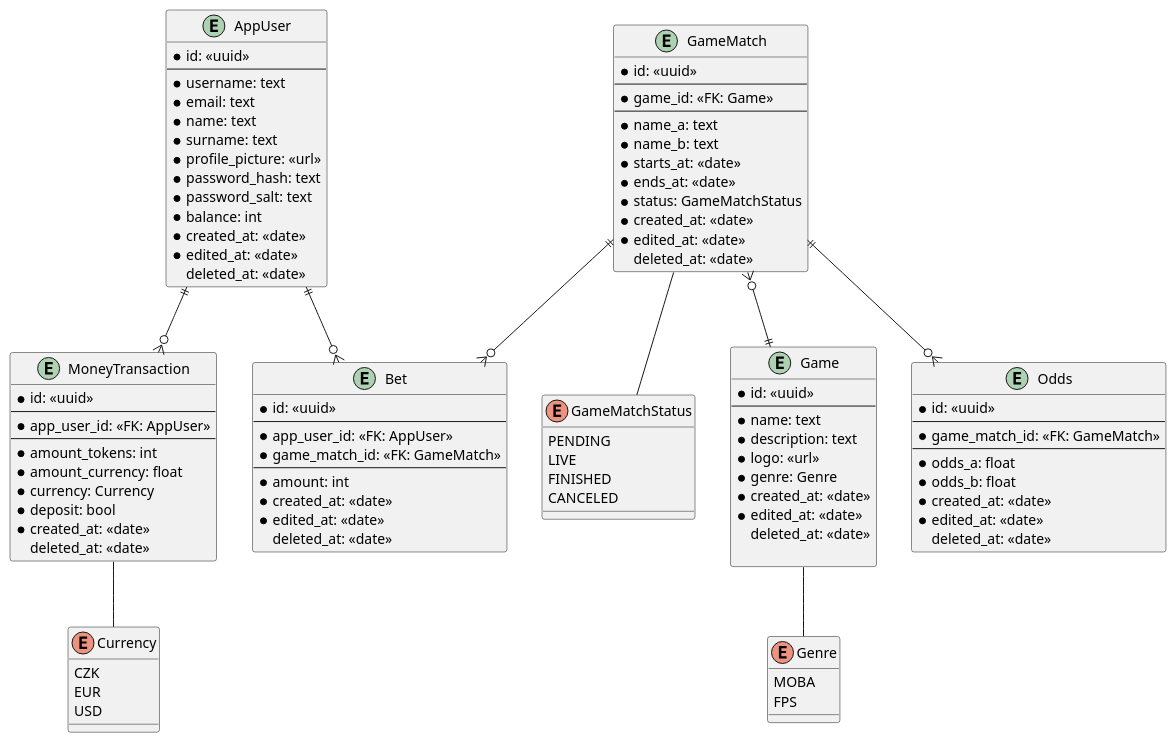
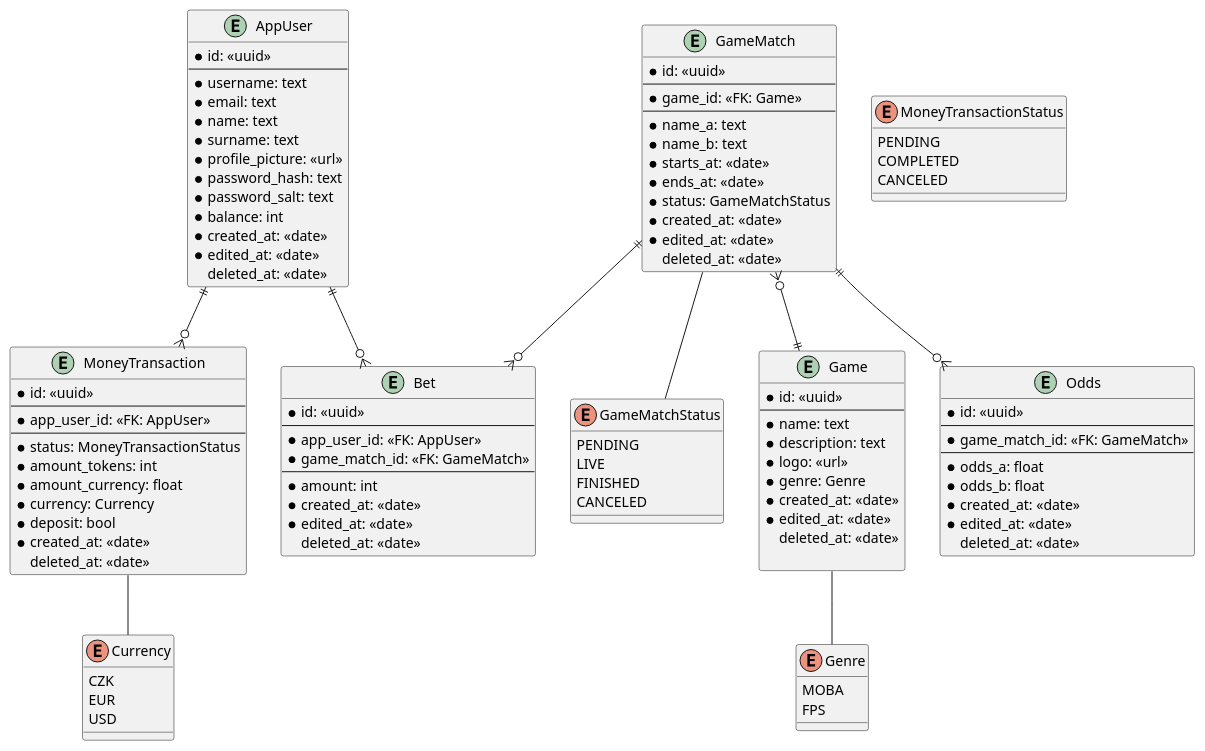
One commit to Average-Rust-Enjoyers/Starbet-Live changed the diagram in docs/starbet.puml. Above: the diagram before and after it, drawn with PlantUML. The commit also changed 3 other files, not shown here.

Commit message:
feat: implement status field for money transaction

```diff
--- a/docs/starbet.puml
+++ b/docs/starbet.puml
@@ -1,113 +1,120 @@
 @startuml starbet-live
 
 entity AppUser {
     * id: <<uuid>>
     ---
     * username: text
     * email: text
     * name: text
     * surname: text
     * profile_picture: <<url>>
     * password_hash: text
     * password_salt: text
     * balance: int
     * created_at: <<date>>
     * edited_at: <<date>>
     deleted_at: <<date>>
 }
 
 entity GameMatch {
     * id: <<uuid>>
     ---
     * game_id: <<FK: Game>>
     ---
     * name_a: text
     * name_b: text
     * starts_at: <<date>>
     * ends_at: <<date>>
     * status: GameMatchStatus
     * created_at: <<date>>
     * edited_at: <<date>>
     deleted_at: <<date>>
 }
 
 enum GameMatchStatus {
     PENDING
     LIVE
     FINISHED
     CANCELED
 }
 
 entity Game {
     * id: <<uuid>>
     ---
     ' not yet defined
     ' * type: GameType
     * name: text
     * description: text
     * logo: <<url>>
     * genre: Genre
     * created_at: <<date>>
     * edited_at: <<date>>
     deleted_at: <<date>>
 
 }
 
 entity Bet {
     * id: <<uuid>>
     ---
     * app_user_id: <<FK: AppUser>>
     * game_match_id: <<FK: GameMatch>>
     ---
     * amount: int
     * created_at: <<date>>
     * edited_at: <<date>>
     deleted_at: <<date>>
 }
 
 entity Odds {
     * id: <<uuid>>
     ---
     * game_match_id: <<FK: GameMatch>>
     ---
     * odds_a: float
     * odds_b: float
     * created_at: <<date>>
     * edited_at: <<date>>
     deleted_at: <<date>>
 }
 
 entity MoneyTransaction {
     * id: <<uuid>>
     ---
     * app_user_id: <<FK: AppUser>>
     ---
+    * status: MoneyTransactionStatus
     * amount_tokens: int
     * amount_currency: float
     * currency: Currency
     * deposit: bool
     * created_at: <<date>>
     deleted_at: <<date>>
+}
+
+enum MoneyTransactionStatus {
+    PENDING
+    COMPLETED
+    CANCELED
 }
 
 enum Currency {
     CZK
     EUR
     USD
 }
 
 enum Genre {
     MOBA
     FPS
 }
 
 GameMatch }o--|| Game
 GameMatch ||--o{ Bet
 GameMatch ||--o{ Odds
 AppUser ||--o{ Bet
 AppUser ||--o{ MoneyTransaction
 GameMatch -- GameMatchStatus
 Game -- Genre
 MoneyTransaction -- Currency
 
 @enduml
```
